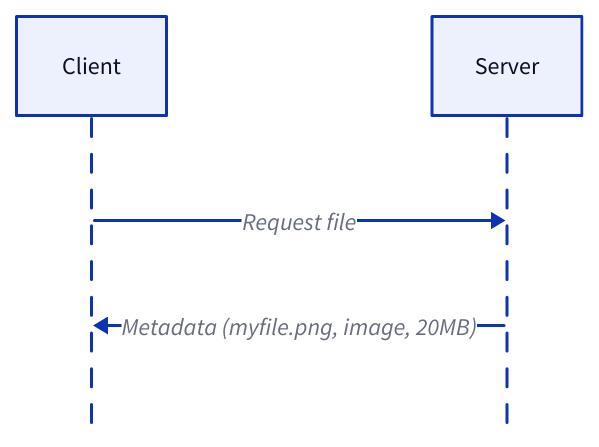
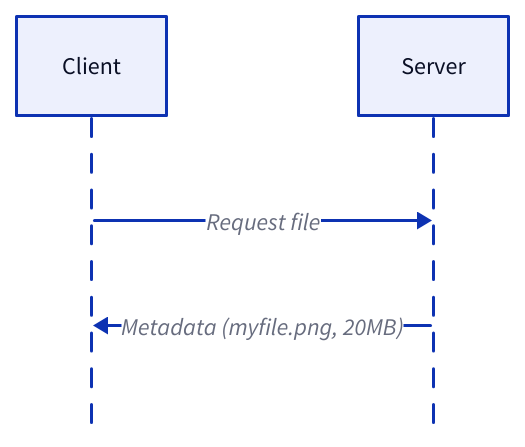
Before and after one commit to link1905/system-design-101: the first of 4 diagrams in content/docs/web-service/api-design/api-pagination.md, drawn with D2. The commit also changed other lines of this file and 31 other files, not shown here.

````diff
--- a/content/docs/web-service/api-design/api-pagination.md
+++ b/content/docs/web-service/api-design/api-pagination.md
@@ -22,11 +28,11 @@
 ```d2
 shape: sequence_diagram
 c: Client {
     class: client
 }
 s: Server {
     class: server
 }
 c -> s: Request file
-s -> c: Metadata (myfile.png, image, 20MB)
+s -> c: Metadata (myfile.png, 20MB)
 ```
````
